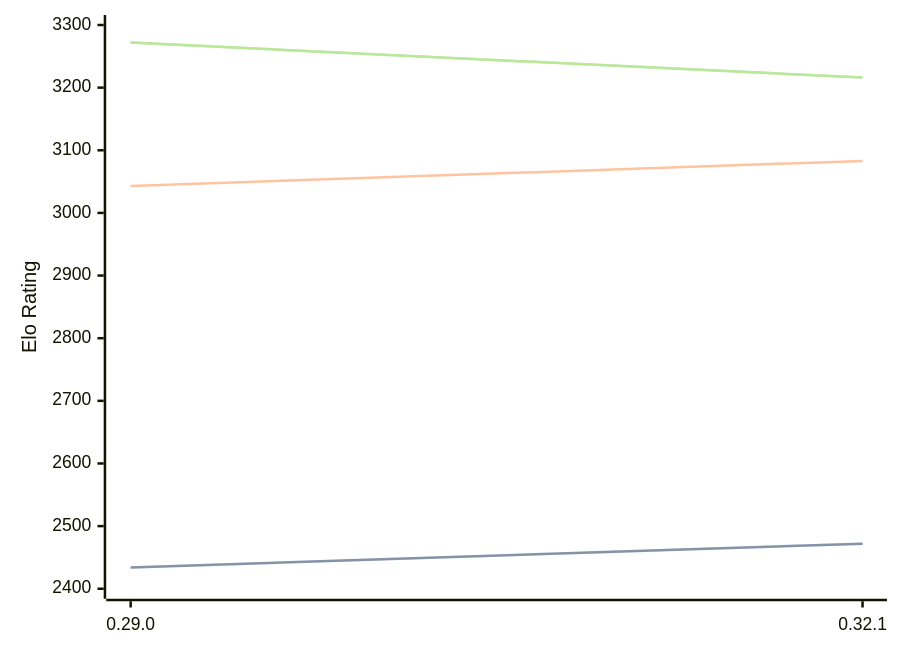
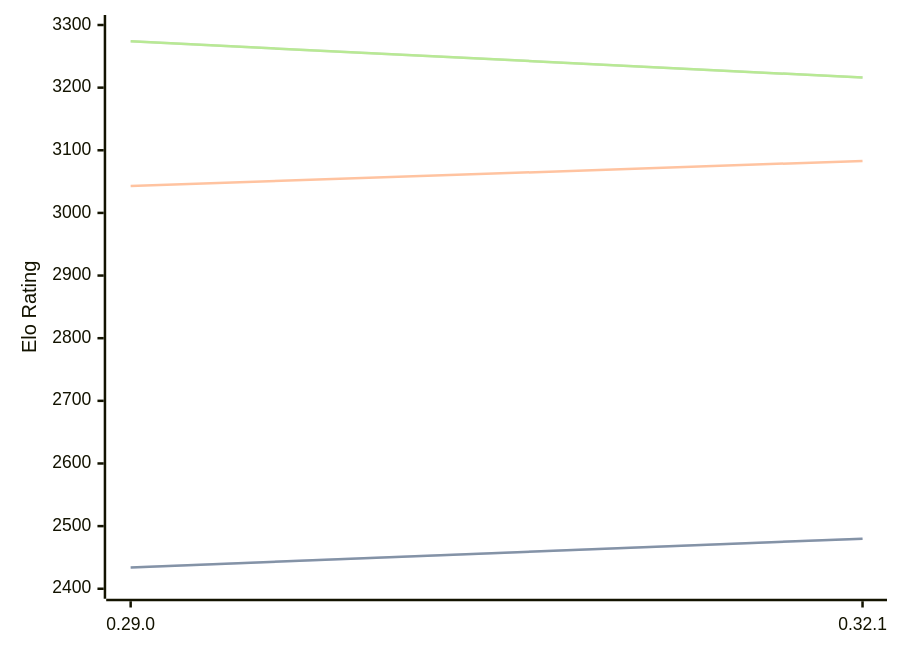
Before and after one commit to computer-chess-index/cci: the diagram in engines/Lc0.md, drawn with Mermaid. The commit also changed other lines of this file, not shown here.

Commit message:
Update CCI Ratings (ELO VLTC) - 2026-02-26

````diff
--- a/engines/Lc0.md
+++ b/engines/Lc0.md
@@ -66,11 +66,11 @@
 ```mermaid
 %%{init: {"theme":"base","themeVariables":{"seriesColors:['#a3a3a3','#222221','#faa371']}}}%%
 xychart-beta
   x-axis ["0.29.0", "0.32.1"]
   y-axis "Elo Rating" 2400 --> 3300
-  line "STC (8.0+0.08s)" [2434, 2472]
-  line "STC (8.0+0.08s)" [2434, 2472]
+  line "STC (8.0+0.08s)" [2434, 2480]
+  line "STC (8.0+0.08s)" [2434, 2480]
   line "LTC (60.0+0.60s)" [3043, 3083]
-  line "VLTC (2m24s+1.12s)" [3272, 3216]
-  line "VLTC (2m24s+1.12s)" [3272, 3216]
+  line "VLTC (2m24s+1.12s)" [3274, 3216]
+  line "VLTC (2m24s+1.12s)" [3274, 3216]
 ```
````
